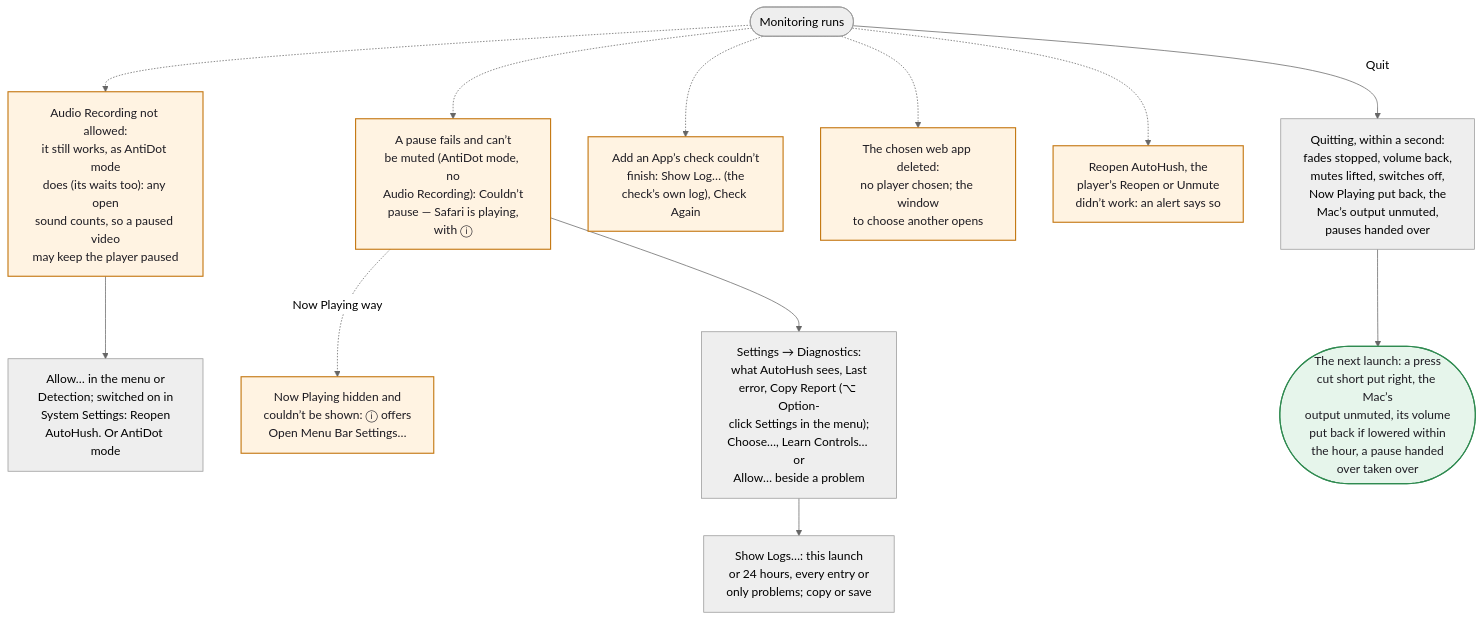
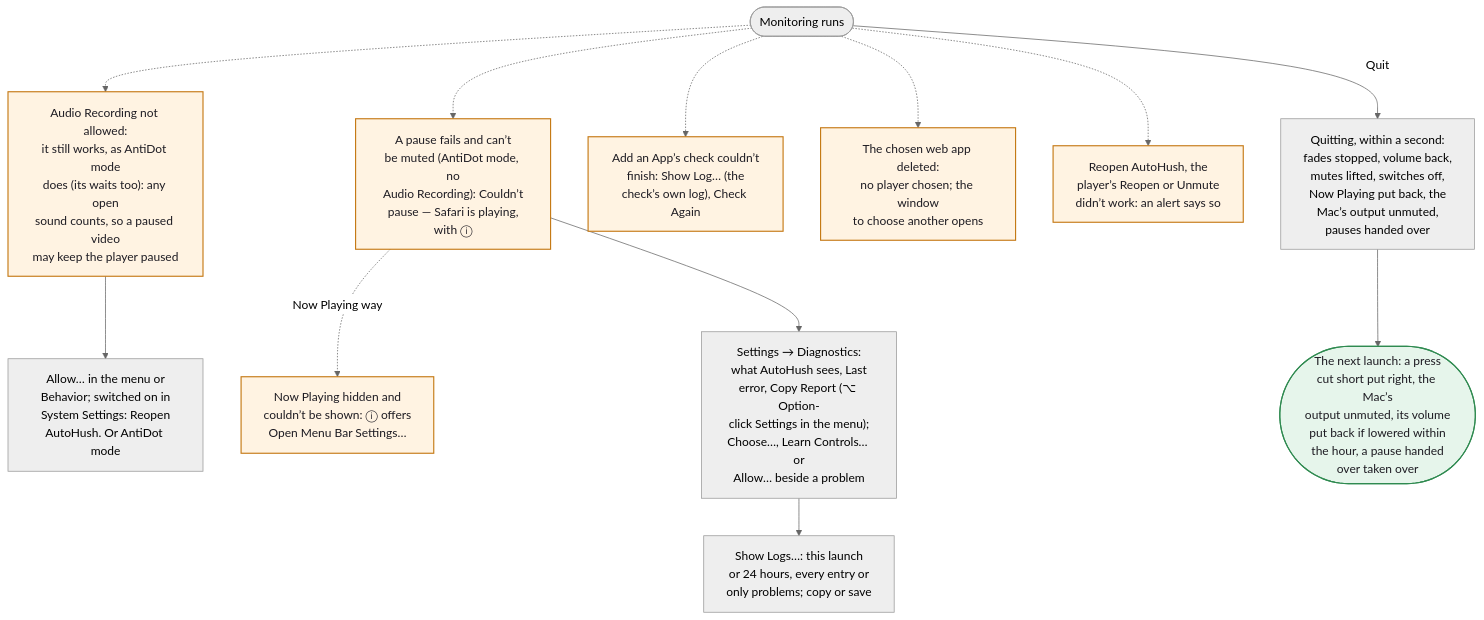
One commit to hfustercabre/AutoHush changed diagram 14 of 14 in WORKFLOWS.md. Above: the diagram before and after it, drawn with Mermaid (neutral theme). The commit also changed other lines of this file and 54 other files, not shown here.

First line of the commit message:
feat: a shorter menu and simpler Settings

````diff
--- a/WORKFLOWS.md
+++ b/WORKFLOWS.md
@@ -748,29 +748,29 @@
 ```mermaid
 flowchart TD
   R(["Monitoring runs"])
   AUD["Audio Recording not allowed:<br/>it still works, as AntiDot mode<br/>does (its waits too): any open<br/>sound counts, so a paused video<br/>may keep the player paused"]
-  AUDF["Allow… in the menu or<br/>Detection; switched on in<br/>System Settings: Reopen<br/>AutoHush. Or AntiDot mode"]
+  AUDF["Allow… in the menu or<br/>Behavior; switched on in<br/>System Settings: Reopen<br/>AutoHush. Or AntiDot mode"]
   PF["A pause fails and can’t<br/>be muted (AntiDot mode, no<br/>Audio Recording): Couldn’t<br/>pause — Safari is playing,<br/>with ⓘ"]
   NPH["Now Playing hidden and<br/>couldn’t be shown: ⓘ offers<br/>Open Menu Bar Settings…"]
   DIAG["Settings → Diagnostics:<br/>what AutoHush sees, Last<br/>error, Copy Report (⌥ Option-<br/>click Settings in the menu);<br/>Choose…, Learn Controls… or<br/>Allow… beside a problem"]
   LOGS["Show Logs…: this launch<br/>or 24 hours, every entry or<br/>only problems; copy or save"]
   CHK["Add an App’s check couldn’t<br/>finish: Show Log… (the<br/>check’s own log), Check Again"]
   DEL["The chosen web app deleted:<br/>no player chosen; the window<br/>to choose another opens"]
   FAILS["Reopen AutoHush, the<br/>player’s Reopen or Unmute<br/>didn’t work: an alert says so"]
   QUIT["Quitting, within a second:<br/>fades stopped, volume back,<br/>mutes lifted, switches off,<br/>Now Playing put back, the<br/>Mac’s output unmuted,<br/>pauses handed over"]
   NEXT(["The next launch: a press<br/>cut short put right, the Mac’s<br/>output unmuted, its volume<br/>put back if lowered within<br/>the hour, a pause handed<br/>over taken over"])
 
   R -.-> AUD --> AUDF
   R -.-> PF
   PF -.->|"Now Playing way"| NPH
   PF --> DIAG --> LOGS
   R -.-> CHK
   R -.-> DEL
   R -.-> FAILS
   R -->|"Quit"| QUIT --> NEXT
 
   class AUD,PF,NPH,CHK,DEL,FAILS warn
   class NEXT done
   classDef warn fill:#fff3e2,stroke:#c47812,stroke-width:1.5px,color:#1d1b22
   classDef done fill:#e6f5eb,stroke:#2f8a50,stroke-width:1.5px,color:#1d1b22
 ```
````
